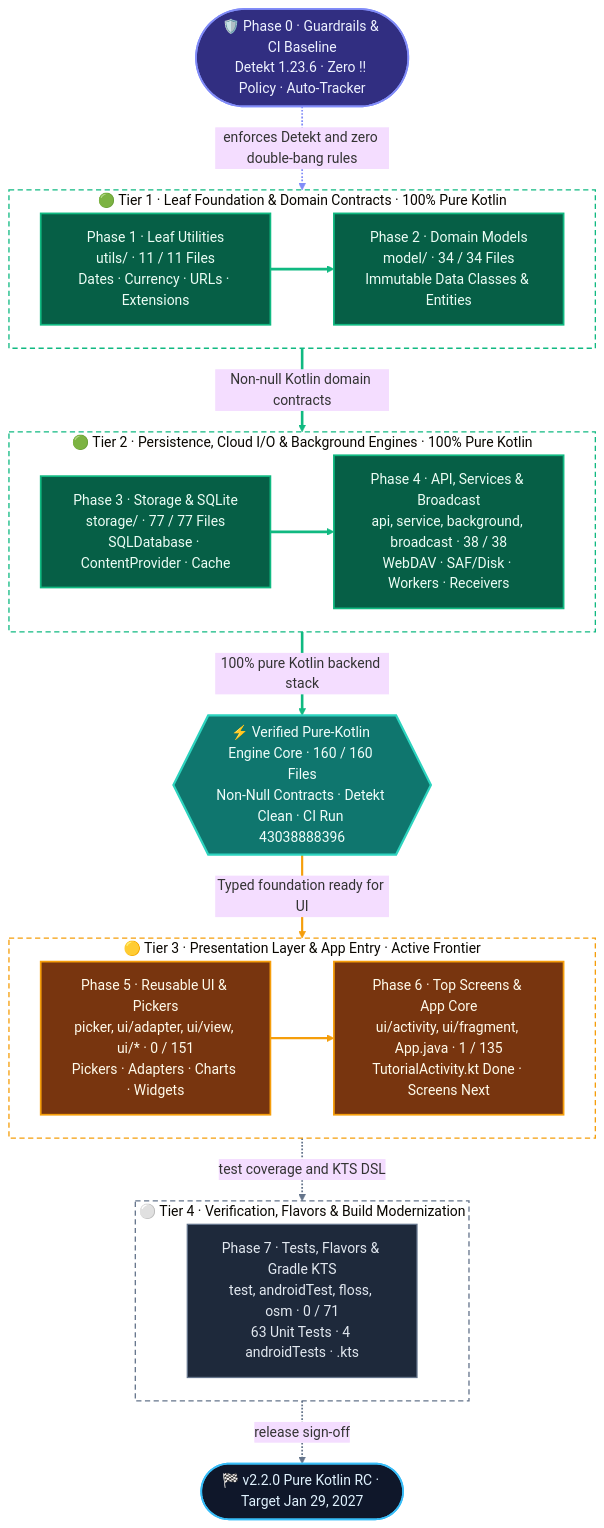
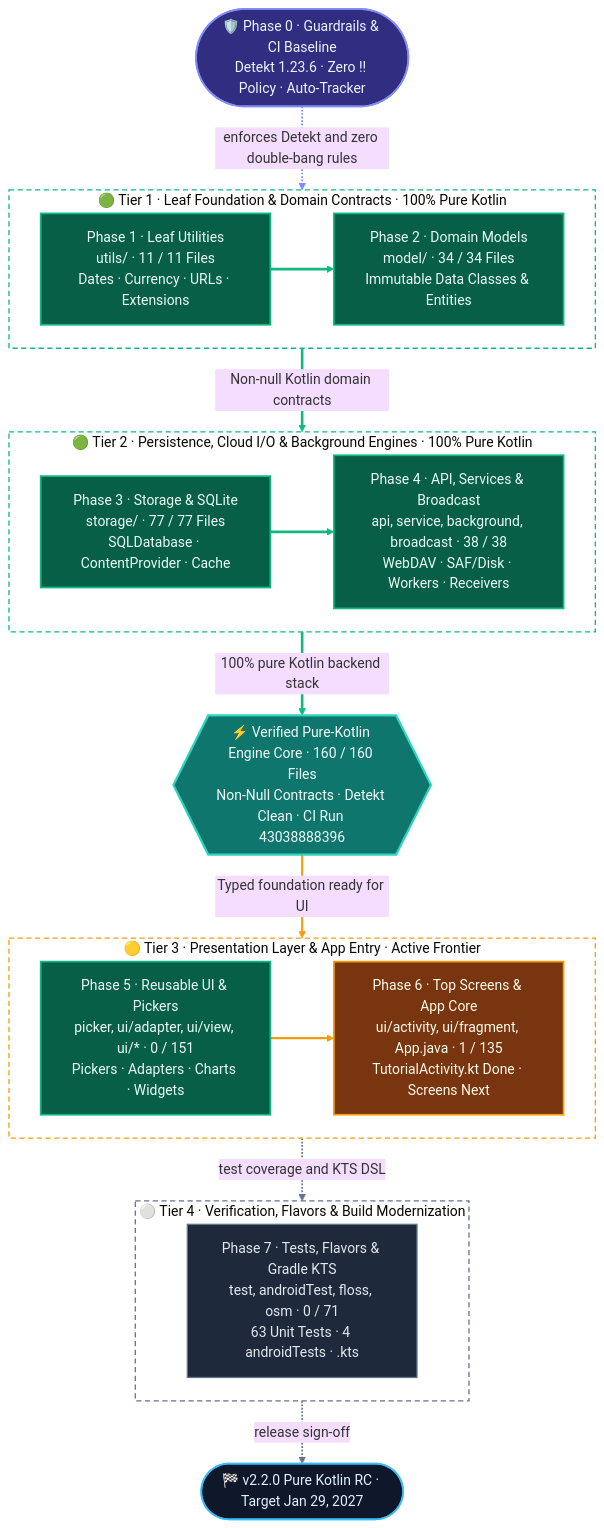
One commit to solomonrajan/cashledger changed the first of 2 diagrams in KOTLIN_MIGRATION.mdx. Above: the diagram before and after it, drawn with Mermaid (base theme). The commit also changed other lines of this file and 36 other files, not shown here.

Commit message:
Migrate remaining recycler adapters (Phase 5F)

````diff
--- a/KOTLIN_MIGRATION.mdx
+++ b/KOTLIN_MIGRATION.mdx
@@ -59,59 +59,59 @@
 ```mermaid
 %%{init: {"flowchart": {"curve": "basis", "nodeSpacing": 34, "rankSpacing": 48, "padding": 16}}}%%
 flowchart TB
     classDef guardrail fill:#312E81,stroke:#818CF8,stroke-width:2px,color:#EEF2FF
     classDef complete fill:#065F46,stroke:#10B981,stroke-width:2px,color:#ECFDF5
     classDef hub fill:#0F766E,stroke:#2DD4BF,stroke-width:2.5px,color:#F0FDFA
     classDef inprog fill:#78350F,stroke:#F59E0B,stroke-width:2px,color:#FFFBEB
     classDef pending fill:#1E293B,stroke:#64748B,stroke-width:1.5px,color:#E2E8F0
     classDef target fill:#0F172A,stroke:#38BDF8,stroke-width:2px,color:#E0F2FE
 
     P0(["🛡️ Phase 0 · Guardrails & CI Baseline<br/>Detekt 1.23.6 · Zero !! Policy · Auto-Tracker"]):::guardrail
 
     subgraph L1["🟢 Tier 1 · Leaf Foundation & Domain Contracts · 100% Pure Kotlin"]
         direction LR
         P1["Phase 1 · Leaf Utilities<br/>utils/ · 11 / 11 Files<br/>Dates · Currency · URLs · Extensions"]:::complete
         P2["Phase 2 · Domain Models<br/>model/ · 34 / 34 Files<br/>Immutable Data Classes & Entities"]:::complete
         P1 ==> P2
     end
 
     subgraph L2["🟢 Tier 2 · Persistence, Cloud I/O & Background Engines · 100% Pure Kotlin"]
         direction LR
         P3["Phase 3 · Storage & SQLite<br/>storage/ · 77 / 77 Files<br/>SQLDatabase · ContentProvider · Cache"]:::complete
         P4["Phase 4 · API, Services & Broadcast<br/>api, service, background, broadcast · 38 / 38<br/>WebDAV · SAF/Disk · Workers · Receivers"]:::complete
         P3 ==> P4
     end
 
     CORE{{"⚡ Verified Pure-Kotlin Engine Core · 160 / 160 Files<br/>Non-Null Contracts · Detekt Clean · CI Run 43038888396"}}:::hub
 
     subgraph L3["🟡 Tier 3 · Presentation Layer & App Entry · Active Frontier"]
         direction LR
-        P5["Phase 5 · Reusable UI & Pickers<br/>picker, ui/adapter, ui/view, ui/* · 0 / 151<br/>Pickers · Adapters · Charts · Widgets"]:::inprog
+        P5["Phase 5 · Reusable UI & Pickers<br/>picker, ui/adapter, ui/view, ui/* · 0 / 151<br/>Pickers · Adapters · Charts · Widgets"]:::complete
         P6["Phase 6 · Top Screens & App Core<br/>ui/activity, ui/fragment, App.java · 1 / 135<br/>TutorialActivity.kt Done · Screens Next"]:::inprog
         P5 --> P6
     end
 
     subgraph L4["⚪ Tier 4 · Verification, Flavors & Build Modernization"]
         direction LR
         P7["Phase 7 · Tests, Flavors & Gradle KTS<br/>test, androidTest, floss, osm · 0 / 71<br/>63 Unit Tests · 4 androidTests · .kts"]:::pending
     end
 
     TARGET(["🏁 v2.2.0 Pure Kotlin RC · Target Jan 29, 2027"]):::target
 
     P0 -. enforces Detekt and zero double-bang rules .-> L1
     L1 ==>|Non-null Kotlin domain contracts| L2
     L2 ==>|100% pure Kotlin backend stack| CORE
     CORE -->|Typed foundation ready for UI| L3
     L3 -. test coverage and KTS DSL .-> L4
     L4 -. release sign-off .-> TARGET
 
     style L1 fill:none,stroke:#10B981,stroke-width:1.5px,stroke-dasharray:6 4
     style L2 fill:none,stroke:#10B981,stroke-width:1.5px,stroke-dasharray:6 4
     style L3 fill:none,stroke:#F59E0B,stroke-width:1.5px,stroke-dasharray:6 4
     style L4 fill:none,stroke:#64748B,stroke-width:1.5px,stroke-dasharray:6 4
 
     linkStyle 0,1,4,5 stroke:#10B981,stroke-width:3px
     linkStyle 2,6 stroke:#F59E0B,stroke-width:2.5px
     linkStyle 3 stroke:#818CF8,stroke-width:2px
     linkStyle 7,8 stroke:#64748B,stroke-width:2px
 ```
````
